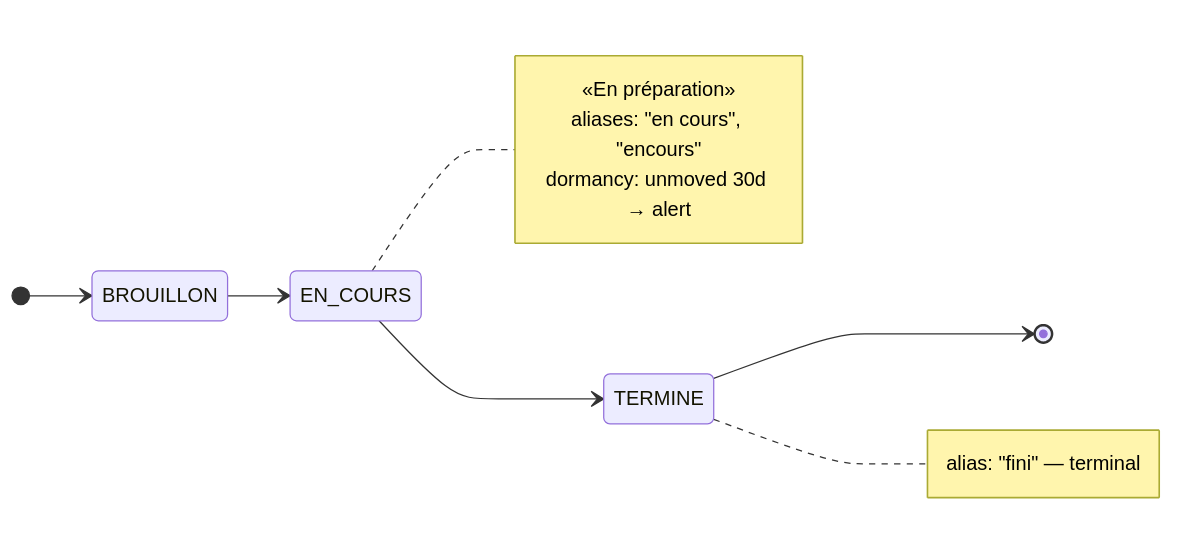
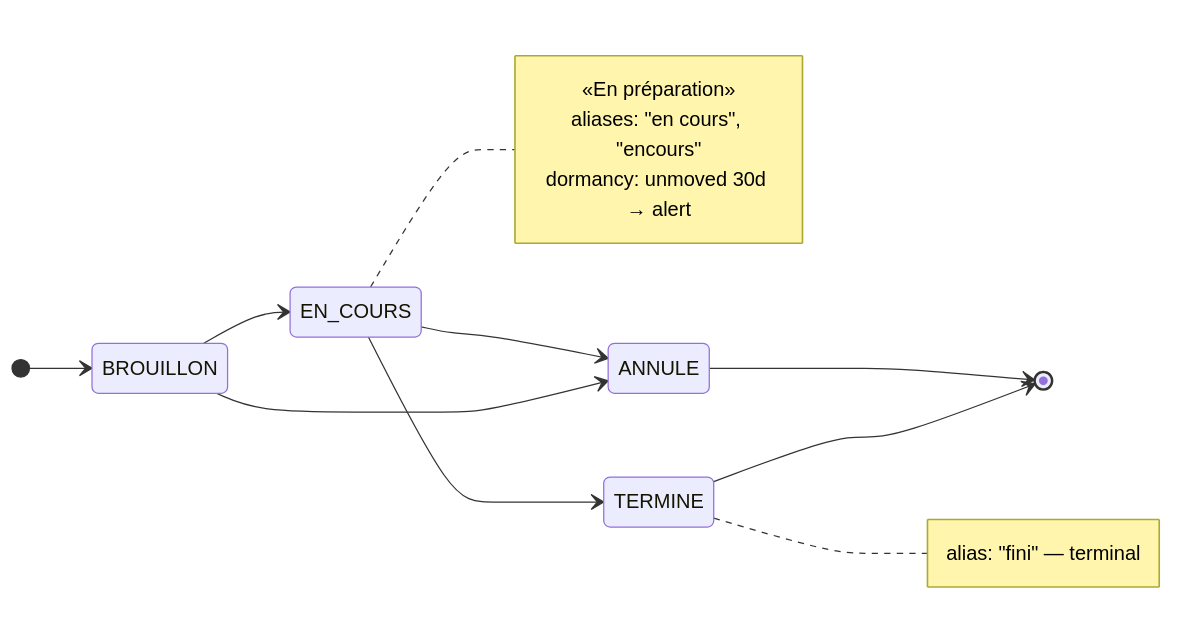
The diagram in docs/apps/workflows.md (icreated/lumnik-open), drawn with Mermaid before and after one commit. The commit also changed other lines of this file and 584 other files, not shown here.

````diff
--- a/docs/apps/workflows.md
+++ b/docs/apps/workflows.md
@@ -33,16 +56,19 @@
 ```mermaid
 stateDiagram-v2
   direction LR
   [*] --> BROUILLON
   BROUILLON --> EN_COURS
+  BROUILLON --> ANNULE
+  EN_COURS --> ANNULE
   EN_COURS --> TERMINE
   TERMINE --> [*]
+  ANNULE --> [*]
   note right of EN_COURS
     «En préparation»
     aliases: "en cours", "encours"
     dormancy: unmoved 30d → alert
   end note
   note right of TERMINE
     alias: "fini" — terminal
   end note
 ```
````
